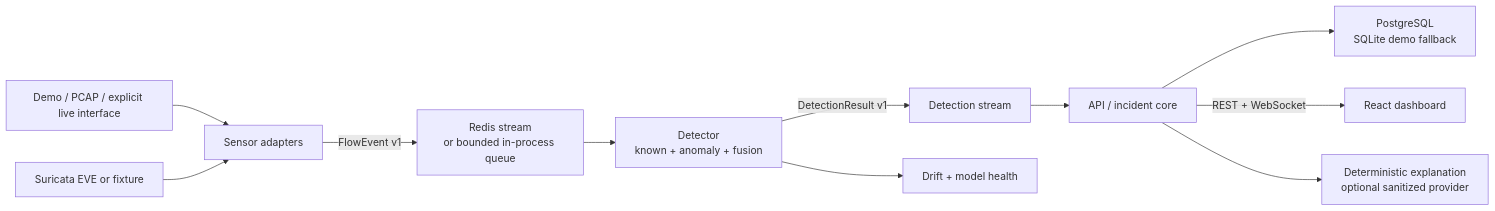
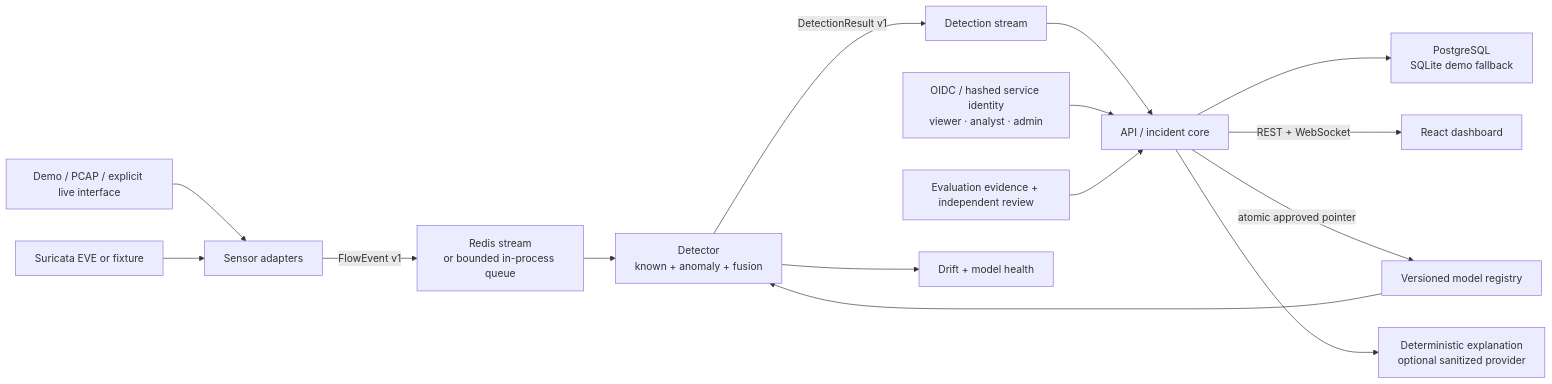
One commit to sting-raider/AegisFlow changed the diagram in docs/ARCHITECTURE.md. Above: the diagram before and after it, drawn with Mermaid. The commit also changed other lines of this file and 47 other files, not shown here.

````diff
--- a/docs/ARCHITECTURE.md
+++ b/docs/ARCHITECTURE.md
@@ -3,13 +3,17 @@
 ```mermaid
 flowchart LR
     P["Demo / PCAP / explicit live interface"] --> S["Sensor adapters"]
     E["Suricata EVE or fixture"] --> S
     S -->|FlowEvent v1| Q1["Redis stream\nor bounded in-process queue"]
     Q1 --> D["Detector\nknown + anomaly + fusion"]
     D -->|DetectionResult v1| Q2["Detection stream"]
     Q2 --> A["API / incident core"]
     A --> DB["PostgreSQL\nSQLite demo fallback"]
     A -->|REST + WebSocket| UI["React dashboard"]
+    ID["OIDC / hashed service identity\nviewer · analyst · admin"] --> A
+    G["Evaluation evidence + independent review"] --> A
+    A -->|atomic approved pointer| M["Versioned model registry"]
+    M --> D
     D --> H["Drift + model health"]
     A --> X["Deterministic explanation\noptional sanitized provider"]
 ```
````
